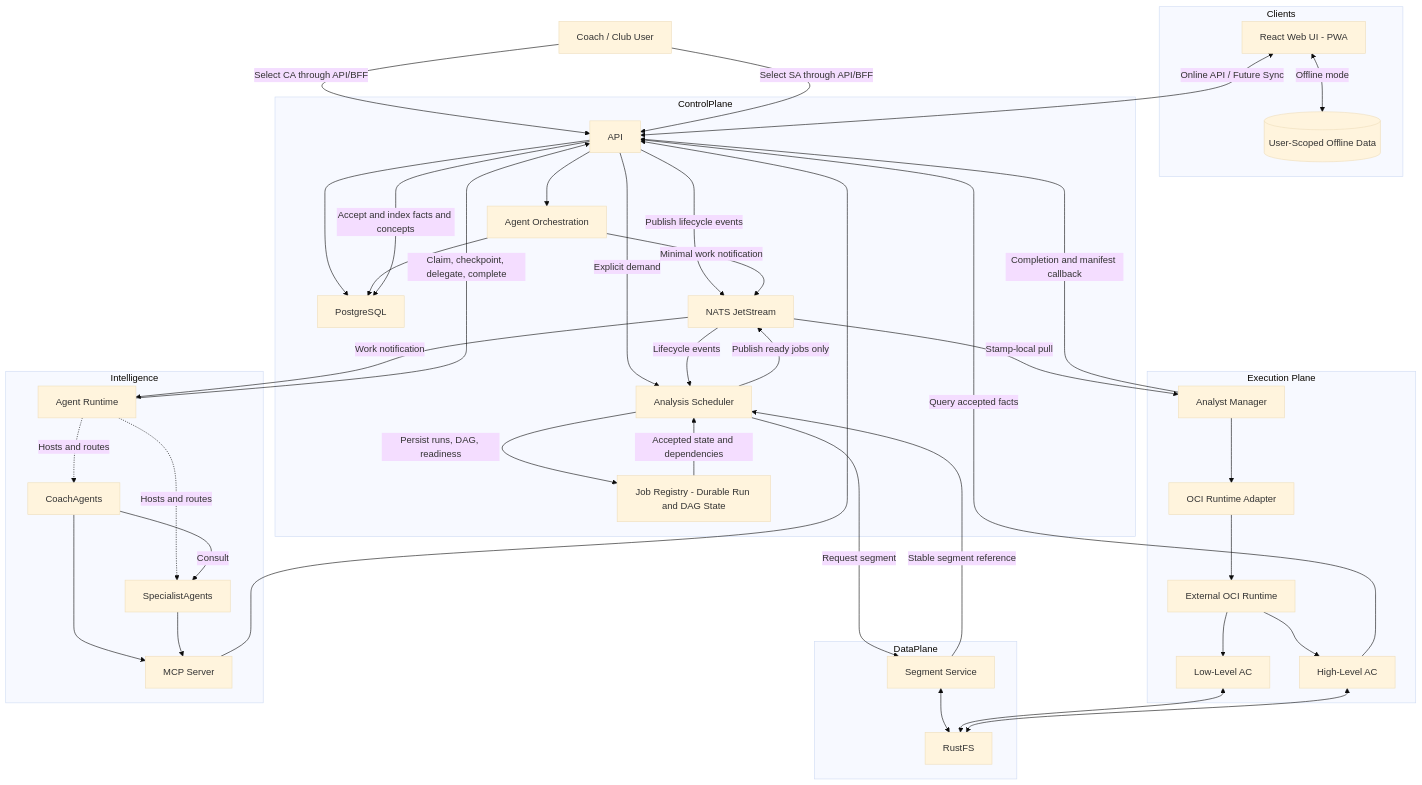
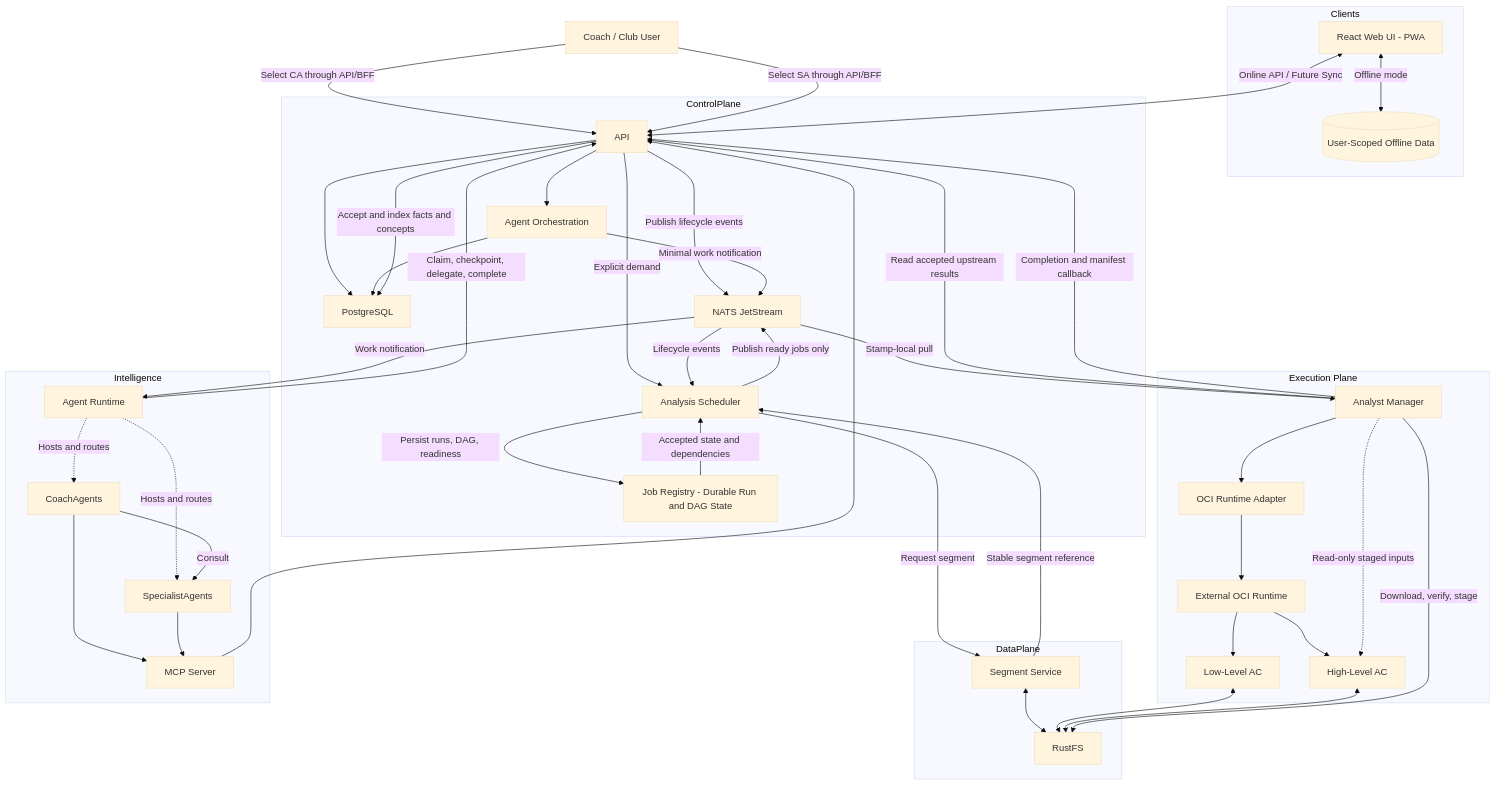
The second of 2 diagrams in docs/architecture/overview.md (markusheiliger/socalytics), drawn with Mermaid (base theme) before and after one commit. The commit also changed other lines of this file and 1 other file, not shown here.

````diff
--- a/docs/architecture/overview.md
+++ b/docs/architecture/overview.md
@@ -217,80 +223,82 @@
 ```mermaid
 flowchart TB
 
     User[Coach / Club User]
 
     subgraph Clients
         WebUI[React Web UI - PWA]
         LocalData[(User-Scoped Offline Data)]
         WebUI <-->|Offline mode| LocalData
     end
 
     subgraph ControlPlane
         API
         PostgreSQL
         AgentOrchestration[Agent Orchestration]
         Scheduler[Analysis Scheduler]
         JobRegistry[Job Registry - Durable Run and DAG State]
         NATS[NATS JetStream]
     end
 
     subgraph DataPlane
         RustFS
         SegmentService[Segment Service]
     end
 
     subgraph ExecutionPlane[Execution Plane]
         AnalystManager[Analyst Manager]
         RuntimeAdapter[OCI Runtime Adapter]
         ContainerRuntime[External OCI Runtime]
         LowLevel[Low-Level AC]
         HighLevel[High-Level AC]
         AnalystManager --> RuntimeAdapter
         RuntimeAdapter --> ContainerRuntime
         ContainerRuntime --> LowLevel
         ContainerRuntime --> HighLevel
     end
 
     subgraph Intelligence
         Hermes[Agent Runtime]
         MCP[MCP Server]
         CoachAgents
         SpecialistAgents
     end
 
     WebUI <-->|Online API / Future Sync| API
 
     API --> PostgreSQL
     API --> AgentOrchestration
     AgentOrchestration --> PostgreSQL
     API -->|Explicit demand| Scheduler
     Scheduler -->|Persist runs, DAG, readiness| JobRegistry
     JobRegistry -->|Accepted state and dependencies| Scheduler
     API -->|Publish lifecycle events| NATS
     NATS -->|Lifecycle events| Scheduler
     Scheduler -->|Request segment| SegmentService
     SegmentService -->|Stable segment reference| Scheduler
     Scheduler -->|Publish ready jobs only| NATS
     AgentOrchestration -->|Minimal work notification| NATS
 
     NATS -->|Stamp-local pull| AnalystManager
     NATS -->|Work notification| Hermes
 
     SegmentService <--> RustFS
     LowLevel <--> RustFS
     HighLevel <--> RustFS
-    HighLevel -->|Query accepted facts| API
+    AnalystManager -->|Read accepted upstream results| API
+    AnalystManager -->|Download, verify, stage| RustFS
+    AnalystManager -.->|Read-only staged inputs| HighLevel
 
     AnalystManager -->|Completion and manifest callback| API
     API -->|Accept and index facts and concepts| PostgreSQL
 
     User -->|Select CA through API/BFF| API
     User -->|Select SA through API/BFF| API
     Hermes -->|Claim, checkpoint, delegate, complete| API
     Hermes -.->|Hosts and routes| CoachAgents
     Hermes -.->|Hosts and routes| SpecialistAgents
     CoachAgents -->|Consult| SpecialistAgents
     CoachAgents --> MCP
     SpecialistAgents --> MCP
     MCP --> API
 ```
````
